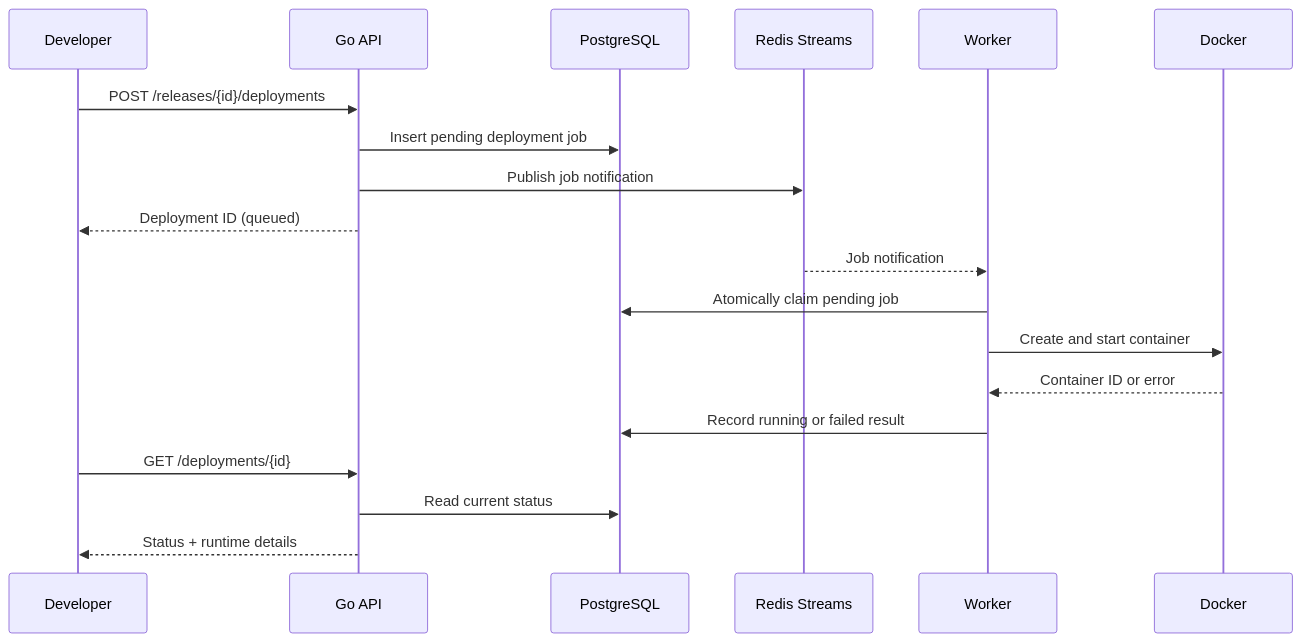
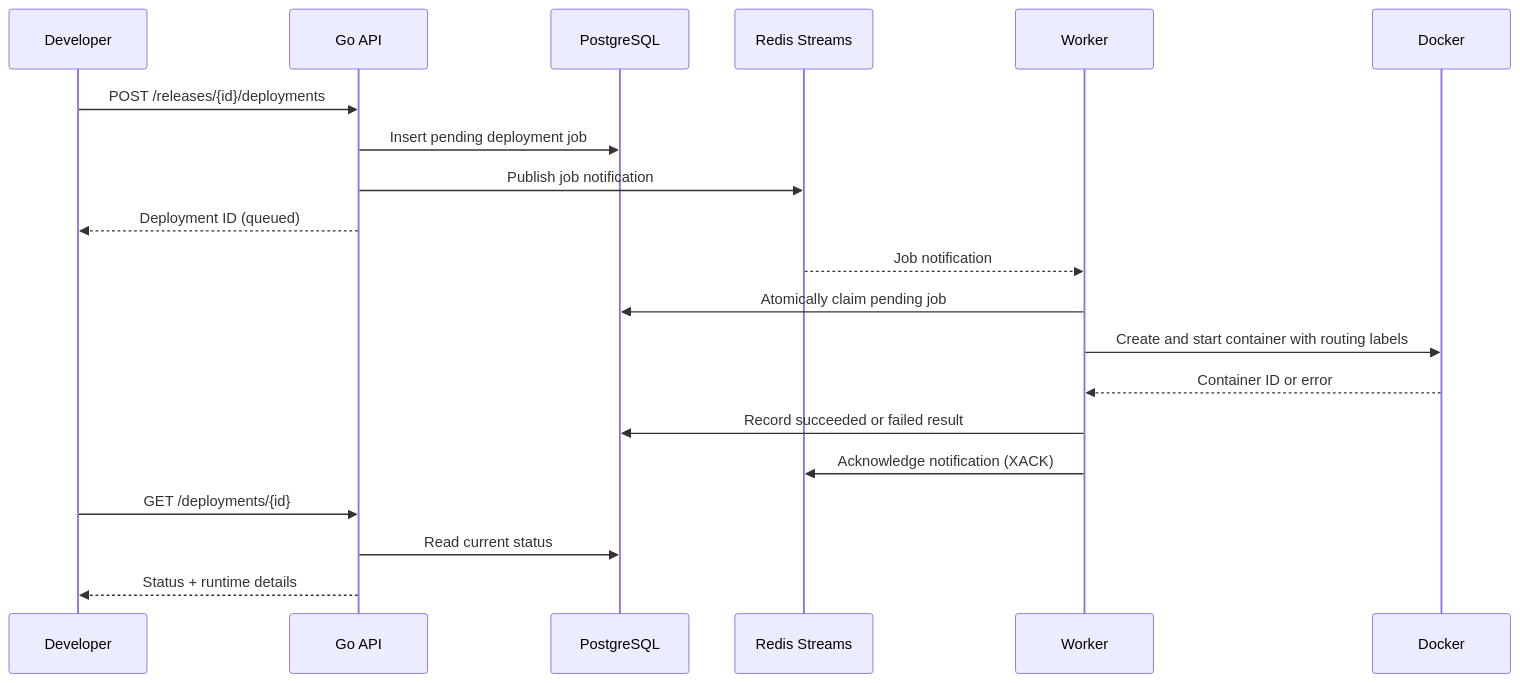
One commit to vietdinh06/launchpad changed the second of 2 diagrams in README.md. Above: the diagram before and after it, drawn with Mermaid. The commit also changed other lines of this file, not shown here.

````diff
--- a/README.md
+++ b/README.md
@@ -64,21 +70,22 @@
 ```mermaid
 sequenceDiagram
     participant User as Developer
     participant API as Go API
     participant DB as PostgreSQL
     participant Q as Redis Streams
     participant W as Worker
     participant D as Docker
     User->>API: POST /releases/{id}/deployments
     API->>DB: Insert pending deployment job
     API->>Q: Publish job notification
     API-->>User: Deployment ID (queued)
     Q-->>W: Job notification
     W->>DB: Atomically claim pending job
-    W->>D: Create and start container
+    W->>D: Create and start container with routing labels
     D-->>W: Container ID or error
-    W->>DB: Record running or failed result
+    W->>DB: Record succeeded or failed result
+    W->>Q: Acknowledge notification (XACK)
     User->>API: GET /deployments/{id}
     API->>DB: Read current status
     API-->>User: Status + runtime details
 ```
````
